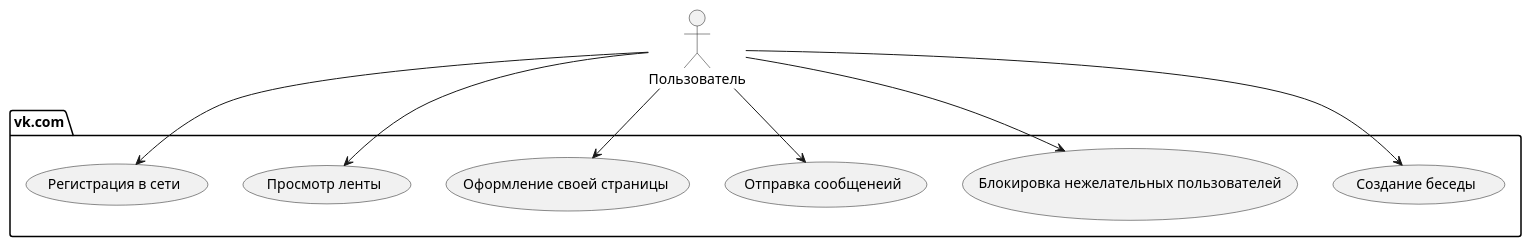
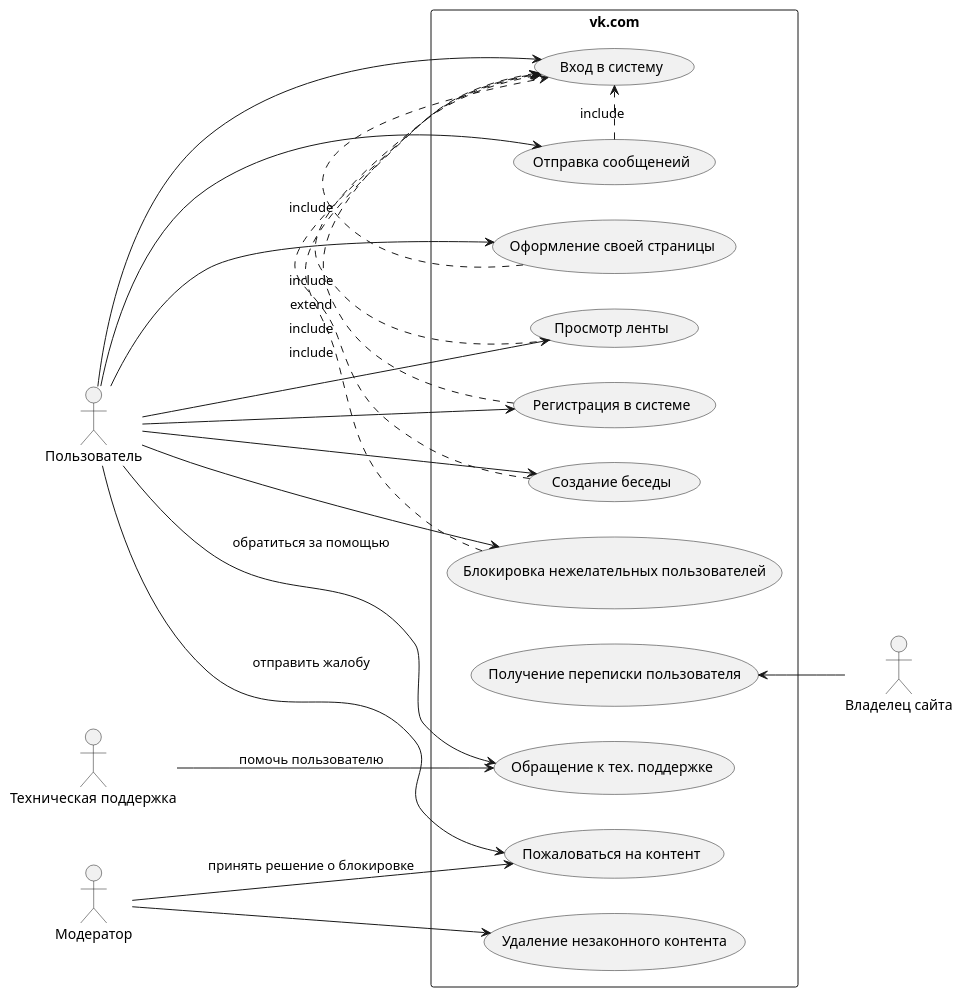
Before and after one commit to FEgor04/labs: the diagram in se-basics/lab1/usecase.plantuml, drawn with PlantUML. The commit also changed 1 other file, not shown here.

Commit message:
feat(diagram): add more usecases

```diff
--- a/se-basics/lab1/usecase.plantuml
+++ b/se-basics/lab1/usecase.plantuml
@@ -1,19 +1,48 @@
 @startuml
+left to right direction
 actor Пользователь as User
+actor "Владелец сайта" as Owner
+actor Модератор as Moder
+actor "Техническая поддержка" as Support
 
-package "vk.com" {
+rectangle "vk.com" {
   usecase UC_create as "Создание беседы"
-  usecase UC_ban as "Блокировка нежелательных пользователей"
+  usecase UC_block as "Блокировка нежелательных пользователей"
   usecase UC_chat as "Отправка сообщенеий"
   usecase UC_page as "Оформление своей страницы"
   usecase UC_feed as "Просмотр ленты"
-  usecase UC_signup as "Регистрация в сети"
+  usecase UC_signin as "Вход в систему"
+  usecase UC_signup as "Регистрация в системе"
+  usecase UC_report as "Пожаловаться на контент"
+
+  usecase UC_dump as "Получение переписки пользователя"
+
+  usecase UC_support_help as "Обращение к тех. поддержке"
+
+  usecase UC_illegal as "Удаление незаконного контента"
+
+  (UC_create) .> (UC_signin) : include
+  (UC_block) .> (UC_signin) : include
+  (UC_chat) .> (UC_signin) : include
+  (UC_page) .> (UC_signin) : include
+  (UC_feed) .> (UC_signin) : include
+  (UC_signup) .> (UC_signin) : extend
 }
 
 User --> (UC_create)
-User --> (UC_ban)
+User --> (UC_block)
 User --> (UC_chat)
 User --> (UC_page)
 User --> (UC_feed)
 User --> (UC_signup)
+User --> (UC_signin)
+User --> (UC_support_help) : "обратиться за помощью"
+User --> (UC_report) : "отправить жалобу"
+
+Owner -up-> (UC_dump)
+
+Moder --> (UC_report) : "принять решение о блокировке"
+Moder --> (UC_illegal) 
+
+Support --> (UC_support_help) : "помочь пользователю"
 @enduml
```
